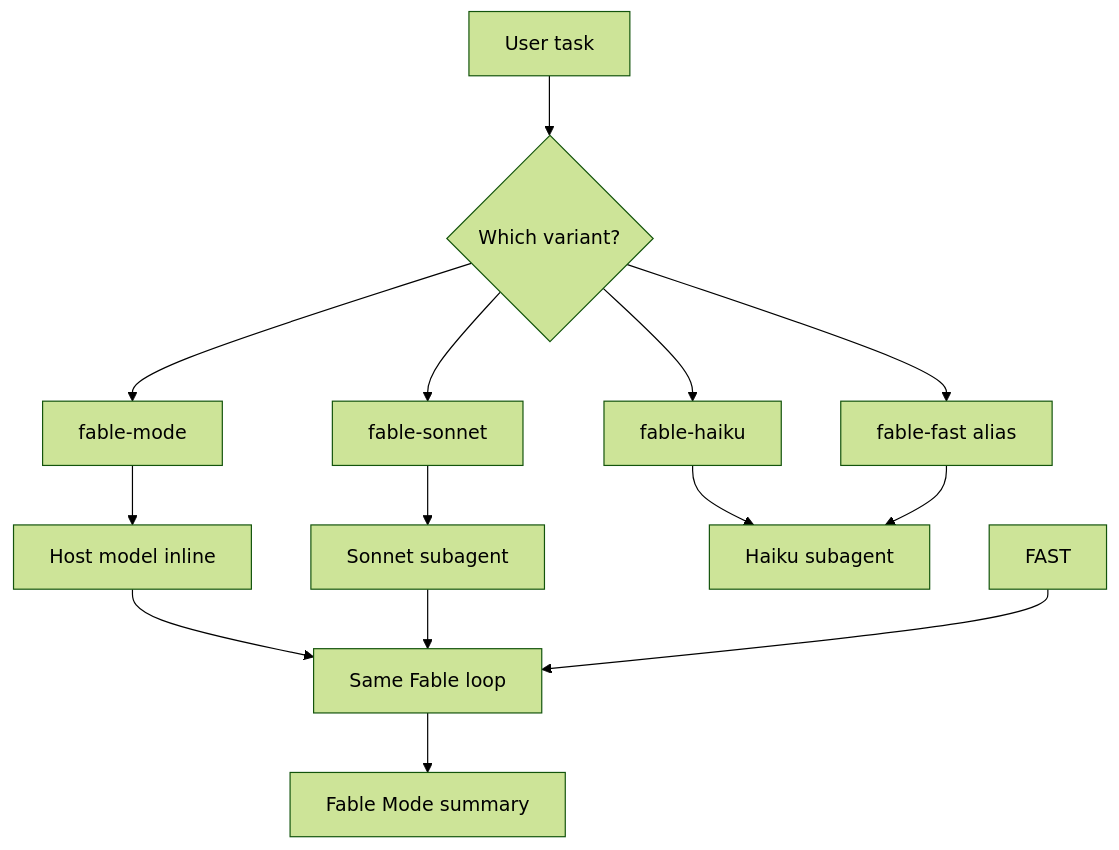
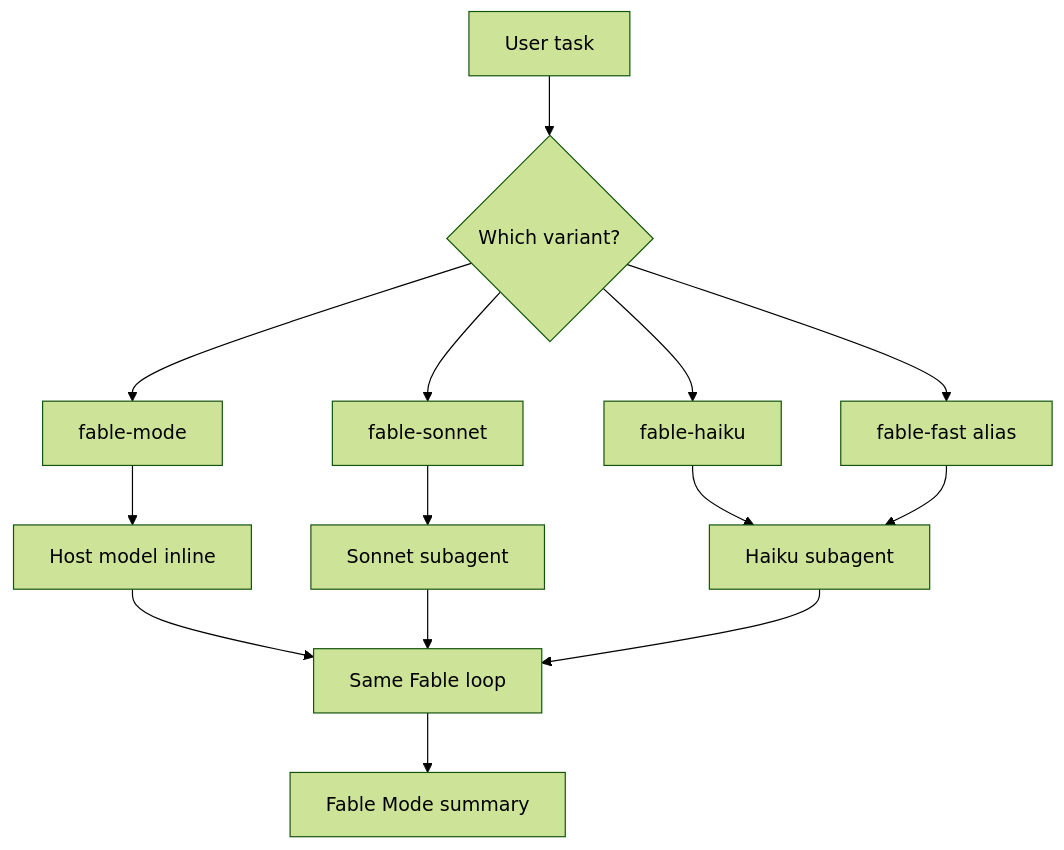
One commit to mahip-kakan/fable-mode changed diagram 12 of 13 in README.md. Above: the diagram before and after it, drawn with Mermaid (forest theme). The commit also changed other lines of this file and 16 other files, not shown here.

First line of the commit message:
Add Excalidraw product diagrams and embed in README.

````diff
--- a/README.md
+++ b/README.md
@@ -491,20 +522,20 @@
 ```mermaid
 flowchart TB
     USER[User task] --> CHOICE{Which variant?}
 
     CHOICE --> FM[fable-mode]
     CHOICE --> FS[fable-sonnet]
     CHOICE --> FH[fable-haiku]
     CHOICE --> FF[fable-fast alias]
 
     FM --> HOST[Host model inline]
     FS --> SON[Sonnet subagent]
     FH --> HAI[Haiku subagent]
     FF --> HAI
 
     HOST --> LOOP[Same Fable loop]
     SON --> LOOP
-    FAST --> LOOP
+    HAI --> LOOP
 
     LOOP --> SUMMARY[Fable Mode summary]
 ```
````
